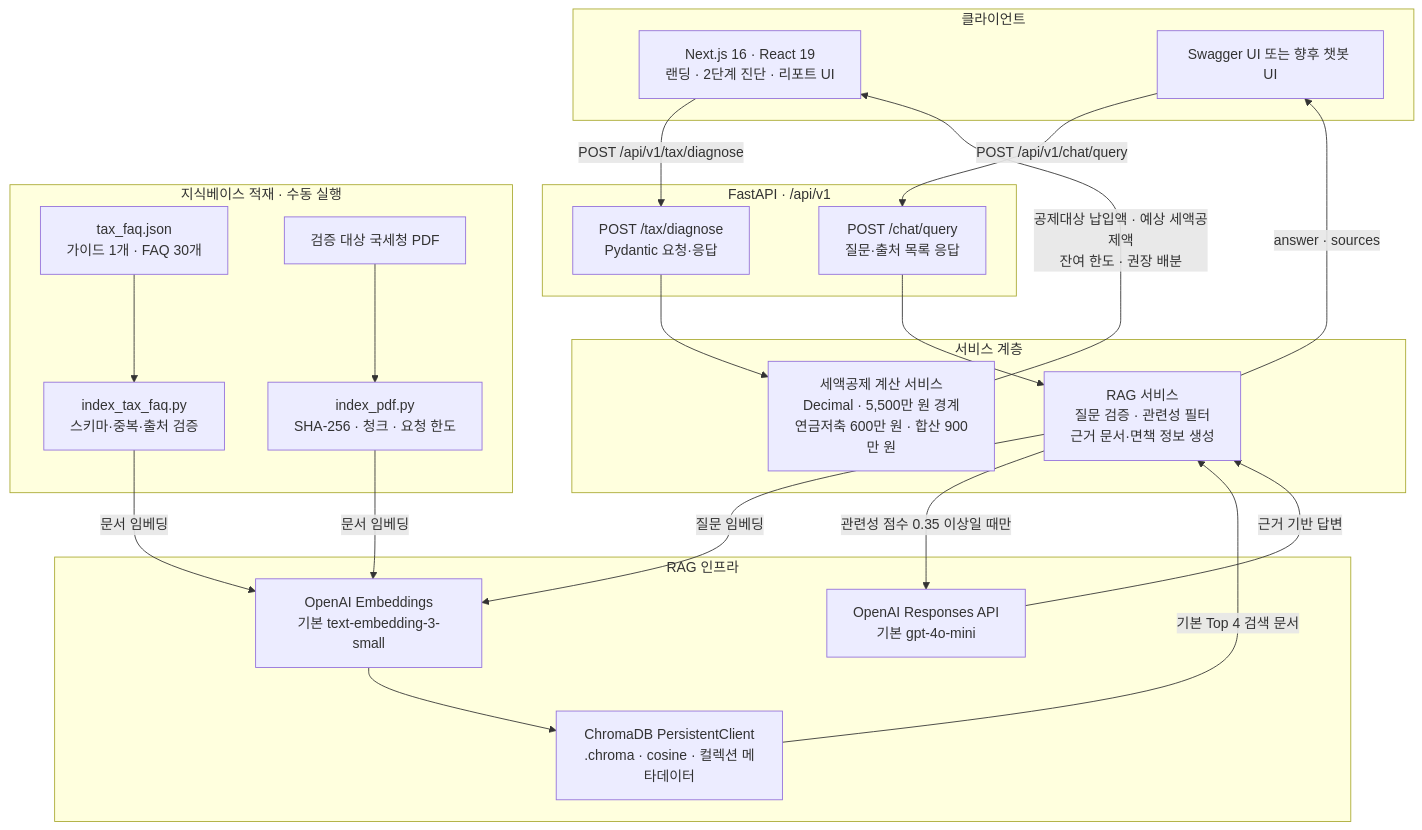
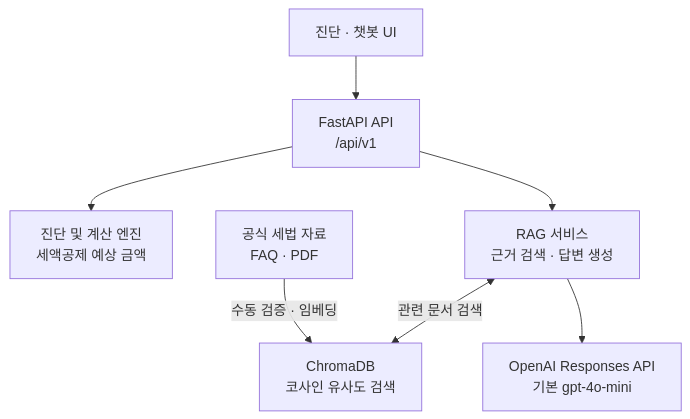
One commit to sijeong0927/pension-tax-assistant changed the second of 2 diagrams in README.md. Above: the diagram before and after it, drawn with Mermaid. The commit also changed other lines of this file, not shown here.

Commit message:
docs: simplify architecture diagram

````diff
--- a/README.md
+++ b/README.md
@@ -236,48 +234,9 @@
 ```mermaid
 flowchart TB
-    subgraph CLIENT["클라이언트"]
-        UI["Next.js 16 · React 19<br/>랜딩 · 2단계 진단 · 리포트 UI"]
-        API_CLIENT["Swagger UI 또는 향후 챗봇 UI"]
-    end
-
-    subgraph FASTAPI["FastAPI · /api/v1"]
-        DIAGNOSE_API["POST /tax/diagnose<br/>Pydantic 요청·응답"]
-        CHAT_API["POST /chat/query<br/>질문·출처 목록 응답"]
-    end
-
-    subgraph SERVICES["서비스 계층"]
-        TAX["세액공제 계산 서비스<br/>Decimal · 5,500만 원 경계<br/>연금저축 600만 원 · 합산 900만 원"]
-        RAG["RAG 서비스<br/>질문 검증 · 관련성 필터<br/>근거 문서·면책 정보 생성"]
-    end
-
-    subgraph KNOWLEDGE["지식베이스 적재 · 수동 실행"]
-        FAQ["tax_faq.json<br/>가이드 1개 · FAQ 30개"]
-        FAQ_INDEXER["index_tax_faq.py<br/>스키마·중복·출처 검증"]
-        PDF["검증 대상 국세청 PDF"]
-        PDF_INDEXER["index_pdf.py<br/>SHA-256 · 청크 · 요청 한도"]
-    end
-
-    subgraph RAG_INFRA["RAG 인프라"]
-        EMBEDDING["OpenAI Embeddings<br/>기본 text-embedding-3-small"]
-        VECTOR["ChromaDB PersistentClient<br/>.chroma · cosine · 컬렉션 메타데이터"]
-        LLM["OpenAI Responses API<br/>기본 gpt-4o-mini"]
-    end
-
-    UI -->|POST /api/v1/tax/diagnose| DIAGNOSE_API
-    API_CLIENT -->|POST /api/v1/chat/query| CHAT_API
-    DIAGNOSE_API --> TAX
-    TAX -->|공제대상 납입액 · 예상 세액공제액<br/>잔여 한도 · 권장 배분| UI
-
-    CHAT_API --> RAG
-    RAG -->|질문 임베딩| EMBEDDING
-    EMBEDDING --> VECTOR
-    VECTOR -->|기본 Top 4 검색 문서| RAG
-    RAG -->|관련성 점수 0.35 이상일 때만| LLM
-    LLM -->|근거 기반 답변| RAG
-    RAG -->|answer · sources| API_CLIENT
-
-    FAQ --> FAQ_INDEXER
-    PDF --> PDF_INDEXER
-    FAQ_INDEXER -->|문서 임베딩| EMBEDDING
-    PDF_INDEXER -->|문서 임베딩| EMBEDDING
+    UI["진단 · 챗봇 UI"] --> API["FastAPI API<br/>/api/v1"]
+    API --> CALC["진단 및 계산 엔진<br/>세액공제 예상 금액"]
+    API --> RAG["RAG 서비스<br/>근거 검색 · 답변 생성"]
+    DATA["공식 세법 자료<br/>FAQ · PDF"] -->|"수동 검증 · 임베딩"| VECTOR["ChromaDB<br/>코사인 유사도 검색"]
+    RAG <-->|"관련 문서 검색"| VECTOR
+    RAG --> LLM["OpenAI Responses API<br/>기본 gpt-4o-mini"]
 ```
````
